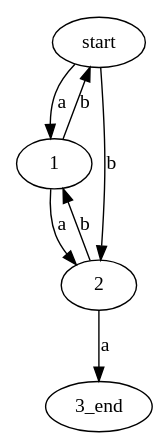
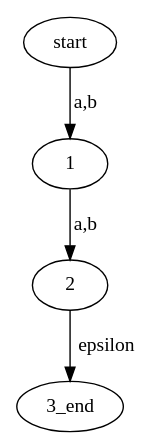
The diagram in teste.dot (Katchau/COMP-AutoAnalyze.Dot), drawn with Graphviz before and after one commit. The commit also changed 5 other files, not shown here.

```diff
--- a/teste.dot
+++ b/teste.dot
@@ -1,8 +1,5 @@
 digraph graphname { 
-                start -> "1" [label="a"];
-                start -> "2" [label="b"];
-				"1" -> "2" [label="a"];
-				"1" -> start [label="b"];
-                "2" -> "3_end" [label="a"];
-                "2" -> "1" [label="b"];
+                start -> "1" [label="a,b"];
+				"1" -> "2" [label="a,b"];
+				"2" -> "3_end" [label="epsilon"];
 }
```
